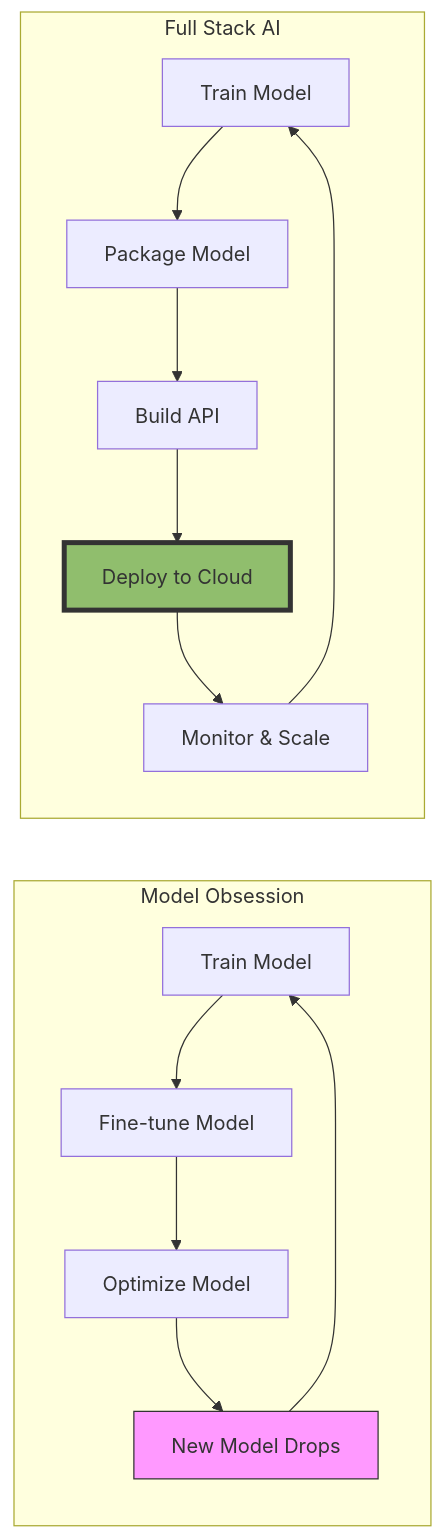
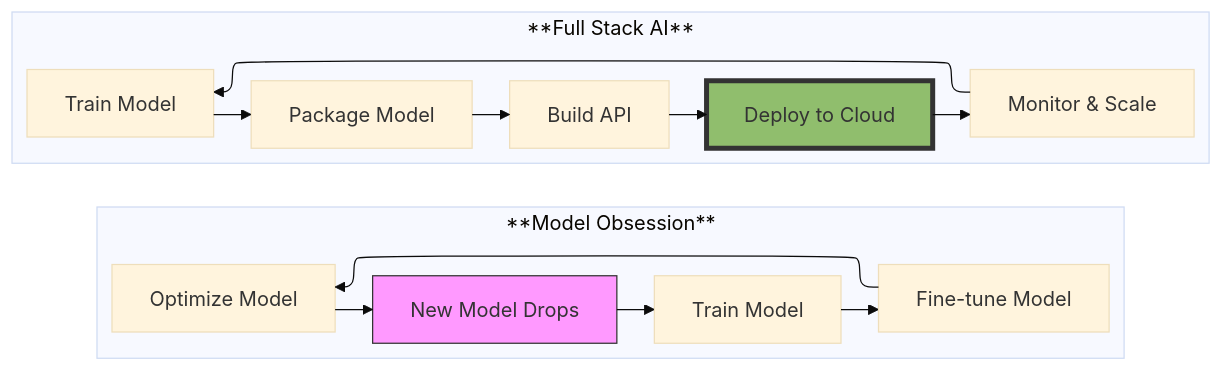
One commit to Vineet-Sharma-Medium-Stories/Medium-Build-Tool changed the fifth of 7 diagrams in The 2026 AI Metromap/The 2026 AI Metromap: Avoiding Derailments.md. Above: the diagram before and after it, drawn with Mermaid. The commit also changed other lines of this file and 37 other files, not shown here.

````diff
--- a/The 2026 AI Metromap/The 2026 AI Metromap: Avoiding Derailments.md
+++ b/The 2026 AI Metromap/The 2026 AI Metromap: Avoiding Derailments.md
@@ -305,20 +325,25 @@
 ```mermaid
+---
+config:
+  theme: base
+  layout: elk
+---
 graph LR
-    subgraph "Model Obsession"
+    subgraph "**Model Obsession**"
         A[Train Model] --> B[Fine-tune Model]
         B --> C[Optimize Model]
         C --> D[New Model Drops]
         D --> A
     end
     
-    subgraph "Full Stack AI"
+    subgraph "**Full Stack AI**"
         E[Train Model] --> F[Package Model]
         F --> G[Build API]
         G --> H[Deploy to Cloud]
         H --> I[Monitor & Scale]
         I --> E
     end
     
     style D fill:#f9f,stroke:#333,stroke-width:1px
     style H fill:#90be6d,stroke:#333,stroke-width:4px
 ```
````
